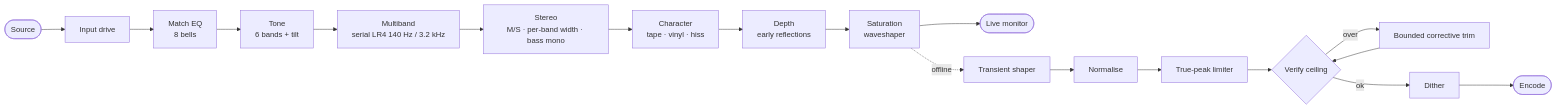
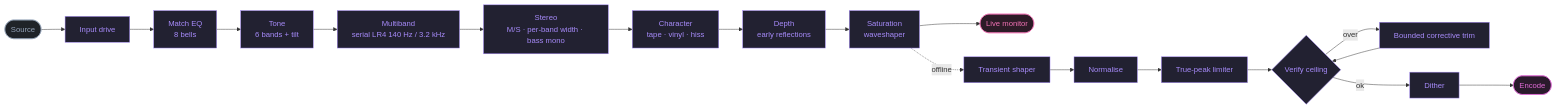
Before and after one commit to zazieproductions/Signal-Rot-Audio-Mastering-Suite-: the third of 4 diagrams in README.md, drawn with Mermaid. The commit also changed other lines of this file and 13 other files, not shown here.

First line of the commit message:
docs: colour-coded domain system and diagram set for repo organisation

````diff
--- a/README.md
+++ b/README.md
@@ -243,20 +316,30 @@
 ```mermaid
 flowchart LR
-  IN([Source]) --> TRIM[Input drive]
+  IN([Source]):::dom-app --> TRIM[Input drive]
   TRIM --> MATCH[Match EQ<br/>8 bells]
   MATCH --> TONE[Tone<br/>6 bands + tilt]
   TONE --> MB[Multiband<br/>serial LR4 140 Hz / 3.2 kHz]
   MB --> STEREO[Stereo<br/>M/S · per-band width · bass mono]
   STEREO --> CHAR[Character<br/>tape · vinyl · hiss]
   CHAR --> DEPTH[Depth<br/>early reflections]
   DEPTH --> SAT[Saturation<br/>waveshaper]
-  SAT --> LIVE([Live monitor])
+  SAT --> LIVE([Live monitor]):::dom-ui
   SAT -.offline.-> TRANS[Transient shaper]
   TRANS --> NORM[Normalise]
   NORM --> LIMIT[True-peak limiter]
   LIMIT --> VERIFY{Verify ceiling}
   VERIFY -->|over| TRIM2[Bounded corrective trim]
   TRIM2 --> VERIFY
   VERIFY -->|ok| DITHER[Dither]
-  DITHER --> ENCODE([Encode])
+  DITHER --> ENCODE([Encode]):::dom-export
+
+  classDef dom-dsp fill:#222131,stroke:#a78bfa,color:#a78bfa
+  classDef dom-spatial fill:#152332,stroke:#58a6ff,color:#58a6ff
+  classDef dom-runtime fill:#262c19,stroke:#c8e15c,color:#c8e15c
+  classDef dom-export fill:#2a1a2c,stroke:#e26bd8,color:#e26bd8
+  classDef dom-testing fill:#112631,stroke:#38bdf8,color:#38bdf8
+  classDef dom-ui fill:#2d1b27,stroke:#f472b6,color:#f472b6
+  classDef dom-app fill:#1f2328,stroke:#94a3b8,color:#94a3b8
+
+  class TRIM,MATCH,TONE,MB,STEREO,CHAR,DEPTH,SAT,TRANS,NORM,LIMIT,VERIFY,TRIM2,DITHER dom-dsp
 ```
````
